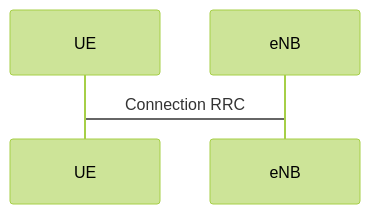
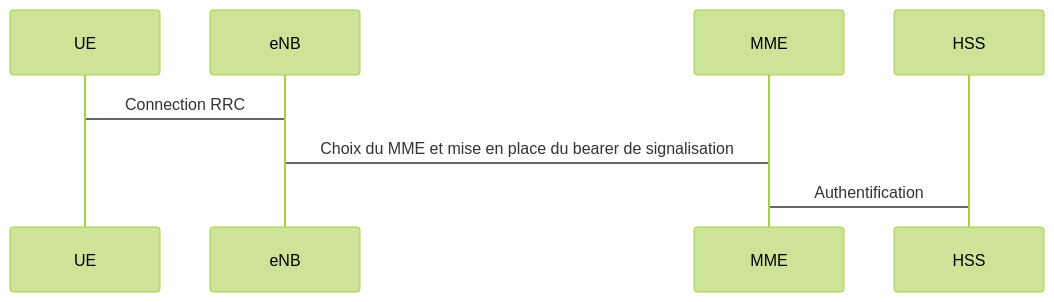
Before and after one commit to ThomasRochette/NoteCours: the first of 5 diagrams in ARM.md, drawn with Mermaid (forest theme). The commit also changed other lines of this file, not shown here.

Commit message:
Uploaded by https://stackedit.io/

````diff
--- a/ARM.md
+++ b/ARM.md
@@ -109,5 +109,7 @@
 ```mermaid
 sequenceDiagram
 UE -> eNB: Connection RRC
+eNB -> MME: Choix du MME et mise en place du bearer de signalisation
+MME -> HSS: Authentification 
 
 ```
````
